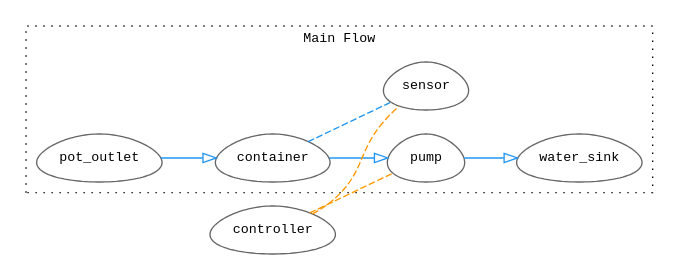
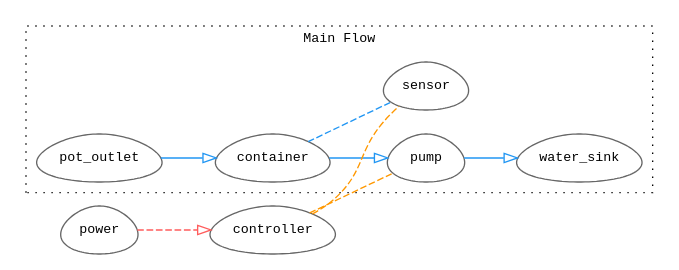
The diagram in plant_pot.org (leshy/plant_control_loops), drawn with Graphviz before and after one commit. The commit also changed other lines of this file and 1 other file, not shown here.

Commit message:
small graph changes

```diff
--- a/plant_pot.org
+++ b/plant_pot.org
@@ -54,21 +56,21 @@
 #+begin_src dot :file ./img/pump.svg :results file graphics
 digraph {
         rankdir=LR;
         bgcolor=white; fontname="monospace"; fontsize=10; fontcolor=black;
         node [shape=egg height="0.5" margin="0.1,0.05"  color="#00000099" style="solid" fontname="monospace"; fontsize=10; fontcolor=black]
         edge [color="#2196F3" fillcolor="white" style="solid"]
 
         subgraph cluster_water_flow {
                 label="Main Flow"; style="dotted"
                 pot_outlet -> container -> pump -> water_sink [weight=5]
                 container -> sensor [arrowhead="none", style="dashed"]
         }
 
         subgraph {
                 edge [color="#FF9800" fillcolor="white" style="dashed" arrowhead="none" weight=0]
                 controller -> sensor, pump
         }
 
-
+        power -> controller [color="#FF5C5C`" style="dashed"]
 }
 #+end_src
```
